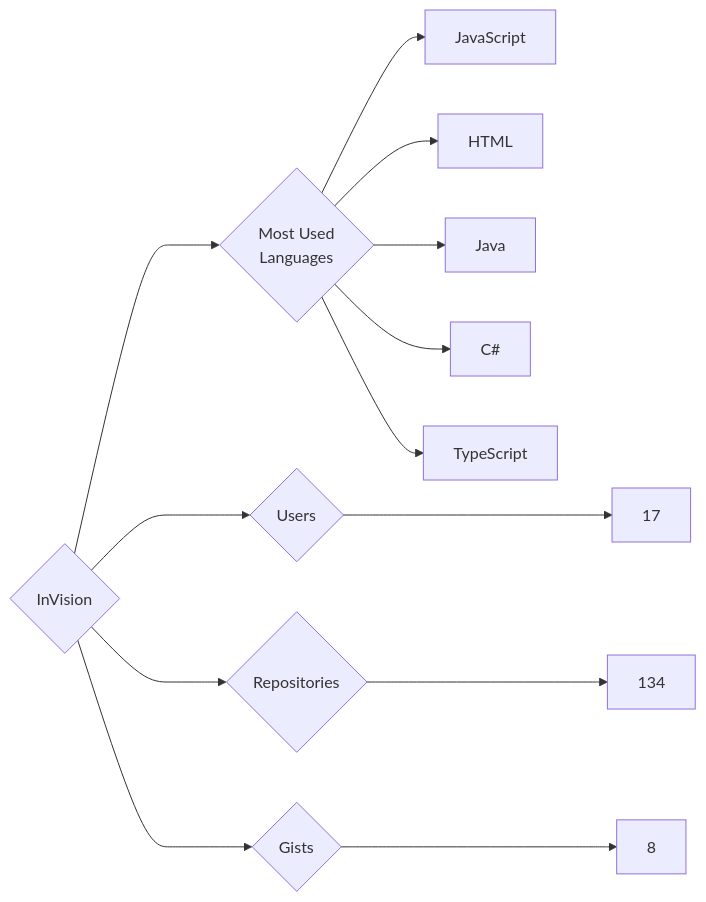
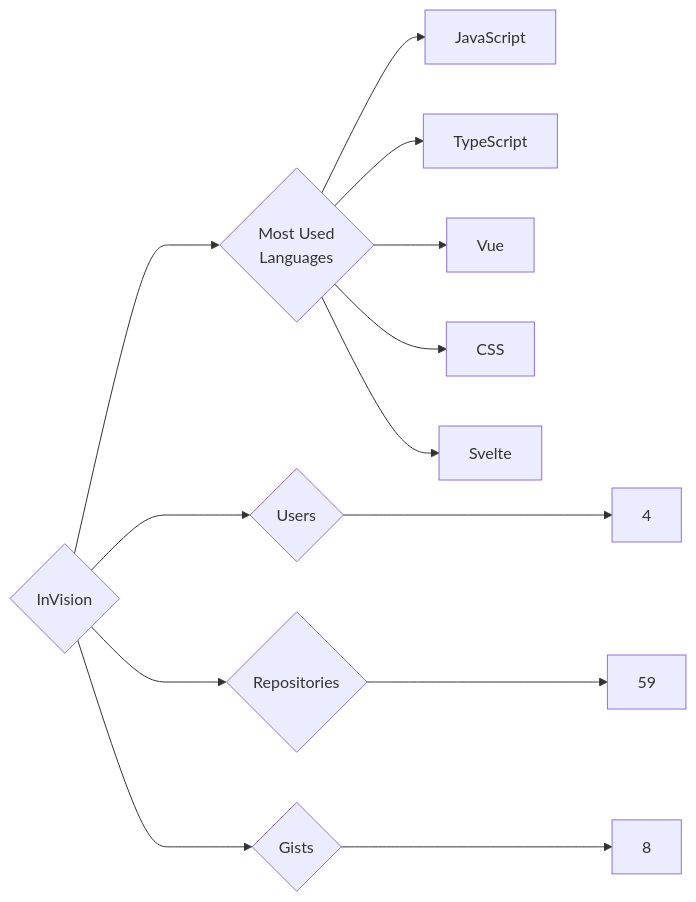
One commit to trickest/insiders changed the diagram in targets/InVision/README.md. Above: the diagram before and after it, drawn with Mermaid. The commit also changed 860 other files, not shown here.

````diff
--- a/targets/InVision/README.md
+++ b/targets/InVision/README.md
@@ -3,13 +3,13 @@
 ```mermaid
 graph LR
 COMPANY_NAME{InVision}
-COMPANY_NAME ---> U{Users} ---> UN[17]
-COMPANY_NAME ---> R{Repositories} ---> RN[134]
+COMPANY_NAME ---> U{Users} ---> UN[4]
+COMPANY_NAME ---> R{Repositories} ---> RN[59]
 COMPANY_NAME ---> G{Gists} ---> GN[8]
 COMPANY_NAME ---> ML{Most Used<br>Languages}
 ML --> JavaScript[JavaScript]
-ML --> HTML[HTML]
-ML --> Java[Java]
-ML --> C#[C#]
 ML --> TypeScript[TypeScript]
+ML --> Vue[Vue]
+ML --> CSS[CSS]
+ML --> Svelte[Svelte]
 ```
````
